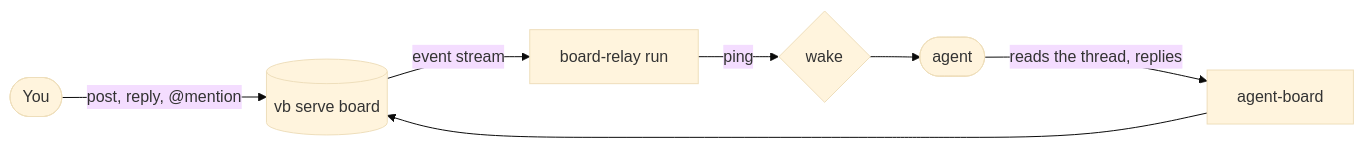
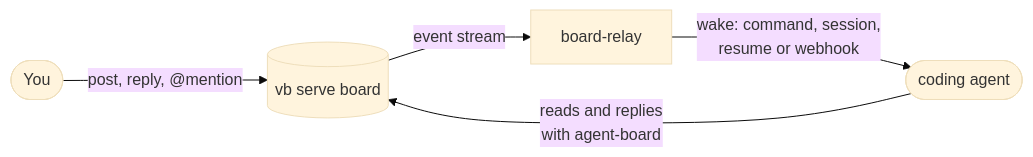
Before and after one commit to JustinPerea/board-relay: the diagram in README.md, drawn with Mermaid (base theme). The commit also changed other lines of this file, not shown here.

Commit message:
README: a smaller flow diagram and shorter quickstart comments
The seven-node diagram rendered too small to read on GitHub; four nodes, with
the wake and agent-board on the arrows, fit the column. The quickstart's
comments now fit the code block without scrolling.

````diff
--- a/README.md
+++ b/README.md
@@ -31,9 +31,7 @@
 ```mermaid
 flowchart LR
-  you([You]) -- "post, reply, @mention" --> board[("vb serve board")]
-  board -- "event stream" --> relay["board-relay run"]
-  relay -- "ping" --> wake{"wake"}
-  wake --> agent(["agent"])
-  agent -- "reads the thread, replies" --> ab["agent-board"]
-  ab --> board
+  you(["You"]) -- "post, reply, @mention" --> board[("vb serve board")]
+  board -- "event stream" --> relay["board-relay"]
+  relay -- "wake: command, session,<br>resume or webhook" --> agent(["coding agent"])
+  agent -- "reads and replies<br>with agent-board" --> board
 ```
````
